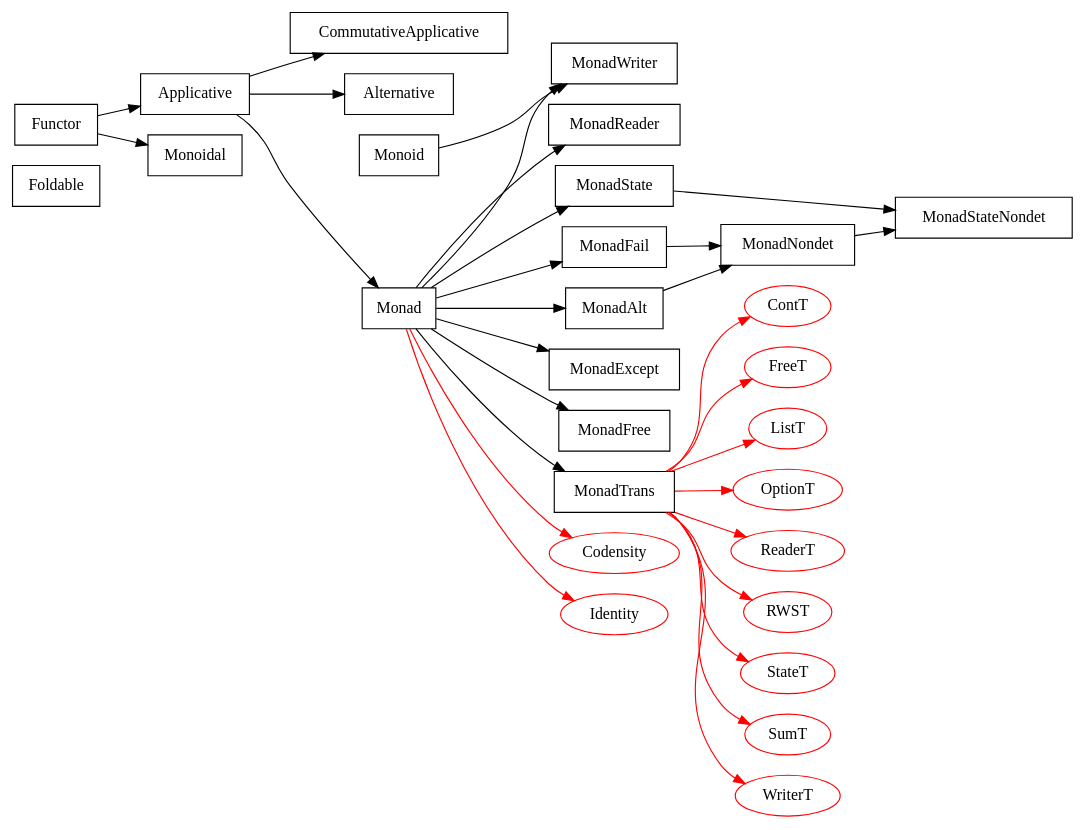
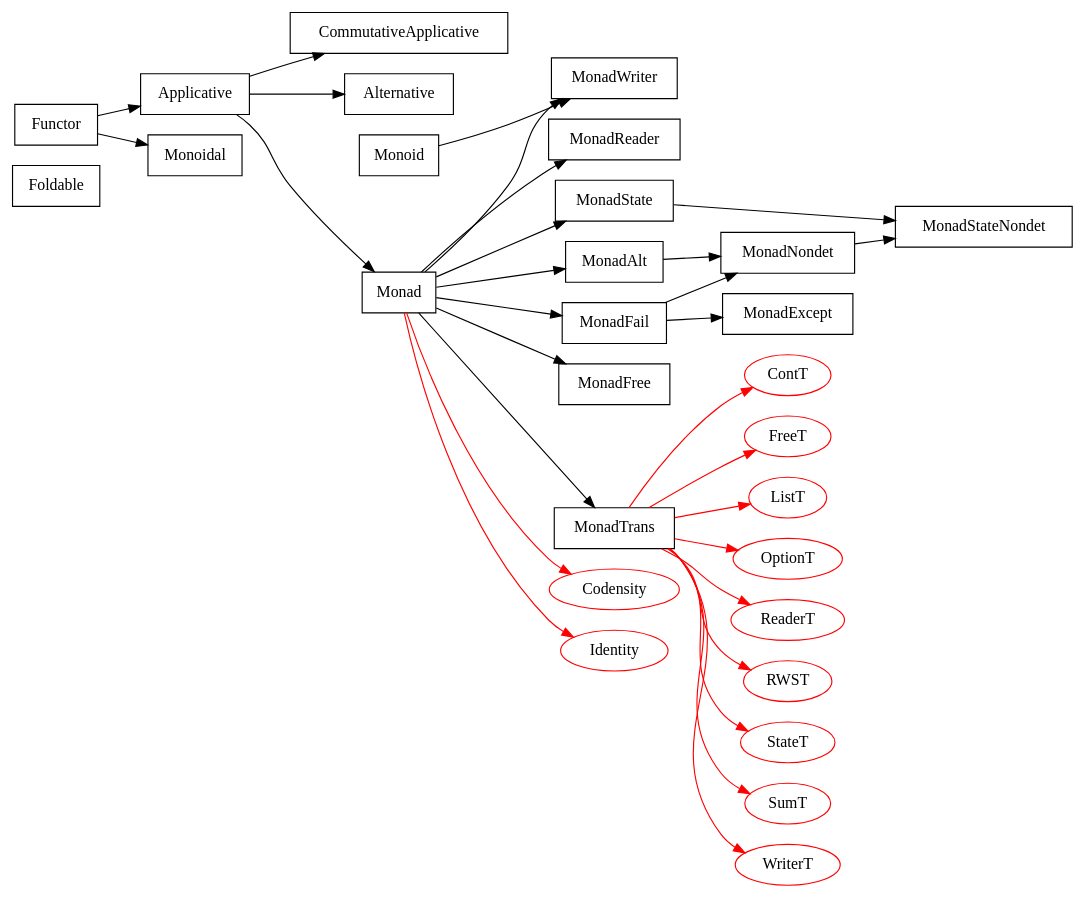
The diagram in Thesis/Hierarchy.dot (wkolowski/coq-mtl), drawn with Graphviz before and after one commit. The commit also changed 7 other files, not shown here.

```diff
--- a/Thesis/Hierarchy.dot
+++ b/Thesis/Hierarchy.dot
@@ -1,58 +1,61 @@
 digraph
 {
   rankdir = LR
 
   node[shape = rectangle]
 
   Foldable
 
   Functor -> Applicative
   Functor -> Monoidal
 
   Applicative -> CommutativeApplicative
   Applicative -> Alternative
   Applicative -> Monad
   
   Monoid -> MonadWriter
 
   Monad ->
   {
     MonadWriter
     MonadReader
     MonadState
     MonadFail
     MonadAlt
-    MonadExcept
     MonadFree
   }
 
-  MonadFail -> MonadNondet
+  MonadFail ->
+  {
+    MonadNondet
+    MonadExcept
+  }
   MonadAlt -> MonadNondet
   MonadState -> MonadStateNondet
   MonadNondet -> MonadStateNondet
   
   Monad -> MonadTrans
 
   node[shape = oval, color = red]
   edge[color = red]
 
   Monad ->
   {
     Codensity
     Identity
   }
 
   MonadTrans ->
   {
       ContT
       FreeT
       ListT
       OptionT
       ReaderT
       /*RoseTreeT*/
       RWST
       StateT
       SumT
       WriterT
   }
 }
```
